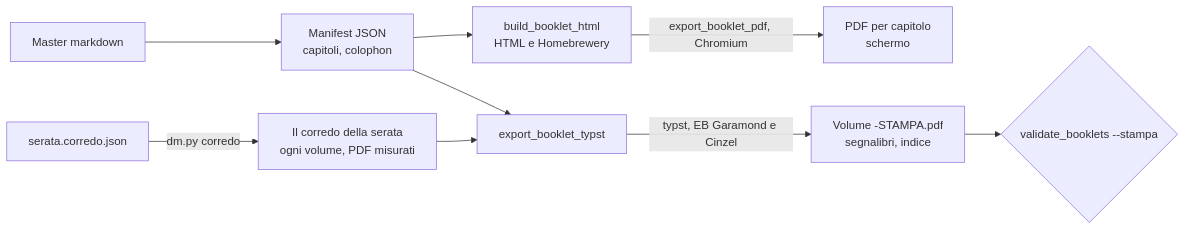
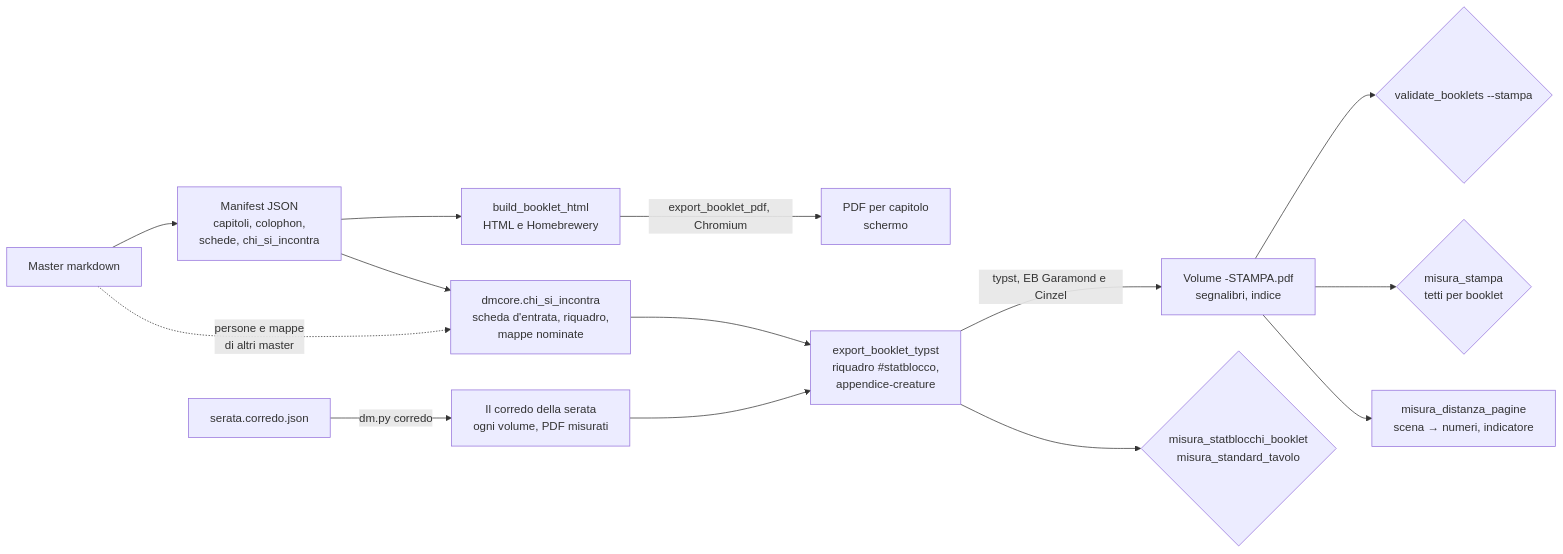
Before and after one commit to gsamuele78/RumblingStone: diagram 19 of 26 in docs/ARCHITETTURA.md, drawn with Mermaid. The commit also changed other lines of this file and 5 other files, not shown here.

````diff
--- a/docs/ARCHITETTURA.md
+++ b/docs/ARCHITETTURA.md
@@ -765,11 +785,16 @@
 ```mermaid
 flowchart LR
-    MASTERS["Master markdown"] --> MANI["Manifest JSON<br/>capitoli, colophon"]
+    MASTERS["Master markdown"] --> MANI["Manifest JSON<br/>capitoli, colophon,<br/>schede, chi_si_incontra"]
     MANI --> HTML["build_booklet_html<br/>HTML e Homebrewery"]
     HTML -->|"export_booklet_pdf, Chromium"| PDFS["PDF per capitolo<br/>schermo"]
-    MANI --> TYP["export_booklet_typst"]
+    MANI --> CSI["dmcore.chi_si_incontra<br/>scheda d'entrata, riquadro,<br/>mappe nominate"]
+    MASTERS -. "persone e mappe<br/>di altri master" .-> CSI
+    CSI --> TYP["export_booklet_typst<br/>riquadro #statblocco,<br/>appendice-creature"]
     TYP -->|"typst, EB Garamond e Cinzel"| VOL["Volume -STAMPA.pdf<br/>segnalibri, indice"]
     CJ["serata.corredo.json"] -->|"dm.py corredo"| ALL["Il corredo della serata<br/>ogni volume, PDF misurati"]
     ALL --> TYP
     VOL --> VB{"validate_booklets --stampa"}
+    VOL --> MS{"misura_stampa<br/>tetti per booklet"}
+    VOL --> MD["misura_distanza_pagine<br/>scena → numeri, indicatore"]
+    TYP --> MSB{"misura_statblocchi_booklet<br/>misura_standard_tavolo"}
 ```
````
